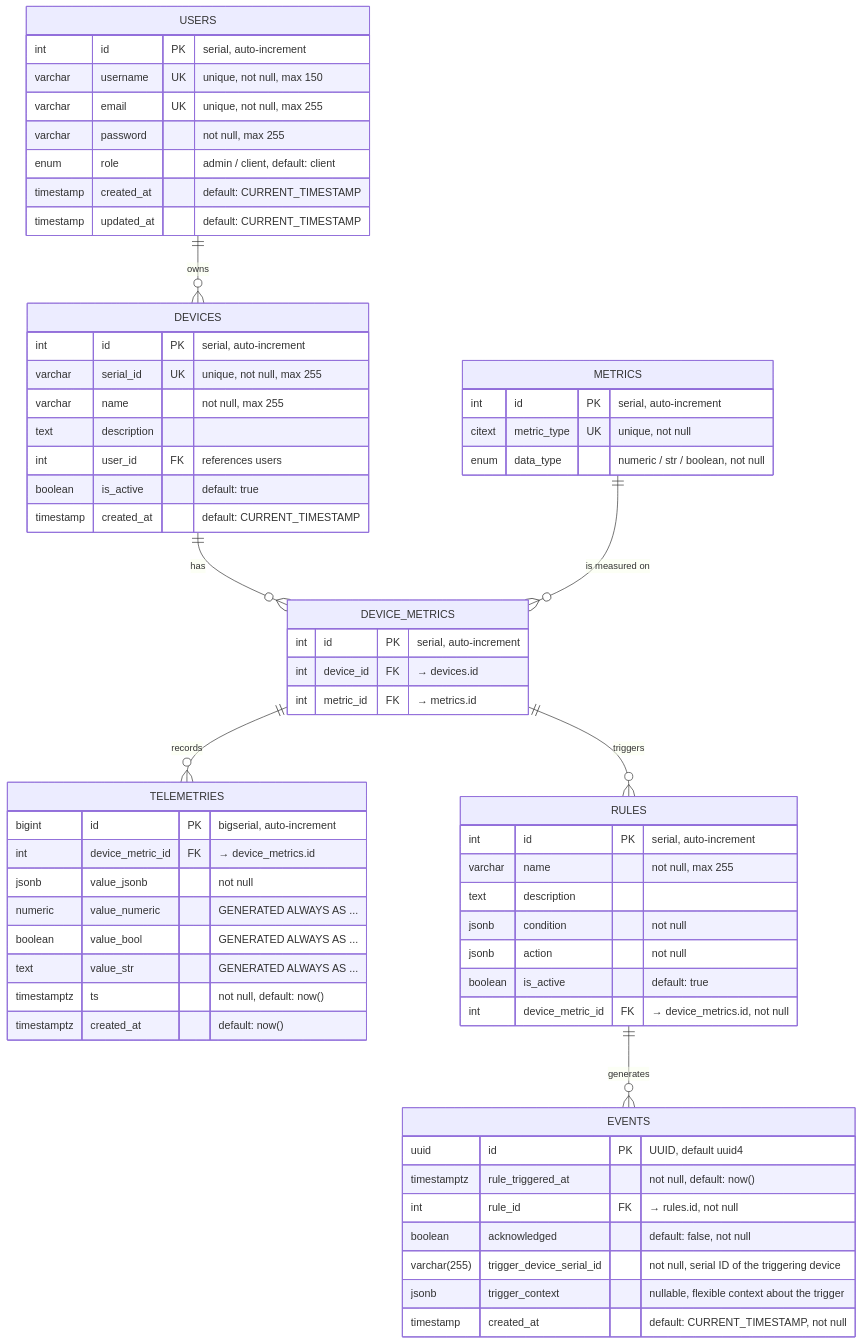
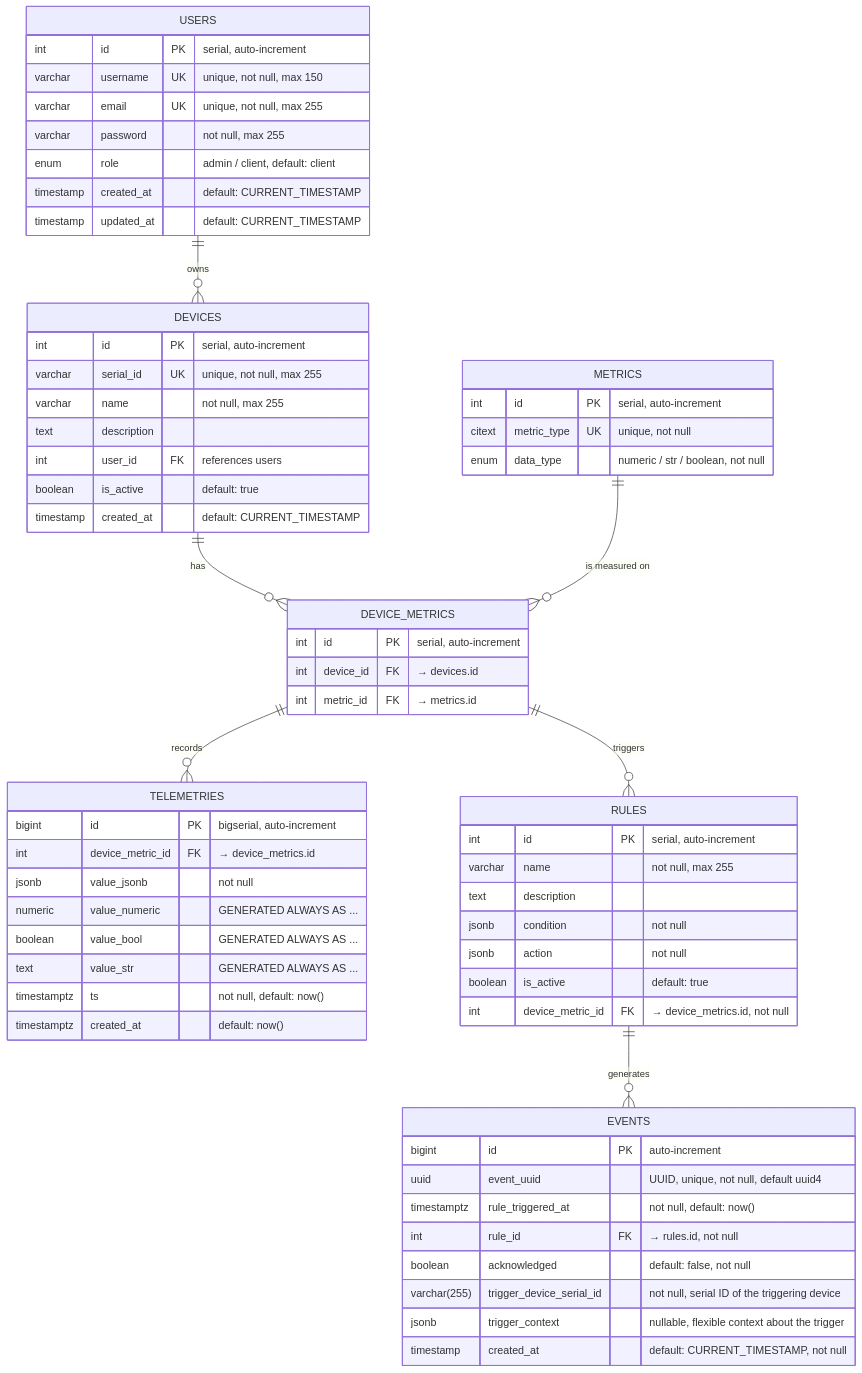
The diagram in docs/schema.md (Project-Stage-Academy/IoT-Hub-bravo), drawn with Mermaid before and after one commit. The commit also changed 22 other files, not shown here.

````diff
--- a/docs/schema.md
+++ b/docs/schema.md
@@ -14,72 +14,73 @@
 ```mermaid
 erDiagram
     USERS ||--o{ DEVICES          : "owns"
     DEVICES ||--o{ DEVICE_METRICS : "has"
     METRICS ||--o{ DEVICE_METRICS : "is measured on"
     DEVICE_METRICS ||--o{ TELEMETRIES     : "records"
     DEVICE_METRICS ||--o{ RULES           : "triggers"
     RULES          ||--o{ EVENTS          : "generates"
 
     USERS {
         int      id          PK "serial, auto-increment"
         varchar  username    UK "unique, not null, max 150"
         varchar  email       UK "unique, not null, max 255"
         varchar  password    "not null, max 255"
         enum     role        "admin / client, default: client"
         timestamp created_at "default: CURRENT_TIMESTAMP"
         timestamp updated_at "default: CURRENT_TIMESTAMP"
     }
 
     DEVICES {
         int      id          PK "serial, auto-increment"
         varchar  serial_id   UK "unique, not null, max 255"
         varchar  name        "not null, max 255"
         text     description
         int      user_id     FK "references users"
         boolean  is_active   "default: true"
         timestamp created_at "default: CURRENT_TIMESTAMP"
     }
 
     METRICS {
         int    id         PK "serial, auto-increment"
         citext metric_type UK "unique, not null"
         enum   data_type   "numeric / str / boolean, not null"
     }
 
     DEVICE_METRICS {
         int id          PK "serial, auto-increment"
         int device_id   FK "→ devices.id"
         int metric_id   FK "→ metrics.id"
     }
 
     TELEMETRIES {
         bigint      id               PK "bigserial, auto-increment"
         int         device_metric_id FK "→ device_metrics.id"
         jsonb       value_jsonb      "not null"
         numeric     value_numeric    "GENERATED ALWAYS AS ..."
         boolean     value_bool       "GENERATED ALWAYS AS ..."
         text        value_str        "GENERATED ALWAYS AS ..."
         timestamptz ts               "not null, default: now()"
         timestamptz created_at       "default: now()"
     }
 
     RULES {
         int     id                PK "serial, auto-increment"
         varchar name              "not null, max 255"
         text    description
         jsonb   condition         "not null"
         jsonb   action            "not null"
         boolean is_active         "default: true"
         int     device_metric_id  FK "→ device_metrics.id, not null"
     }
 
     EVENTS {
-      uuid         id                         PK "UUID, default uuid4"
+      bigint       id                         PK "auto-increment"
+      uuid         event_uuid                 "UUID, unique, not null, default uuid4"
       timestamptz  rule_triggered_at          "not null, default: now()"
       int          rule_id                    FK "→ rules.id, not null"
       boolean      acknowledged               "default: false, not null"
       varchar(255) trigger_device_serial_id   "not null, serial ID of the triggering device"
       jsonb        trigger_context            "nullable, flexible context about the trigger"
       timestamp    created_at                 "default: CURRENT_TIMESTAMP, not null"
     }
 ```
````
